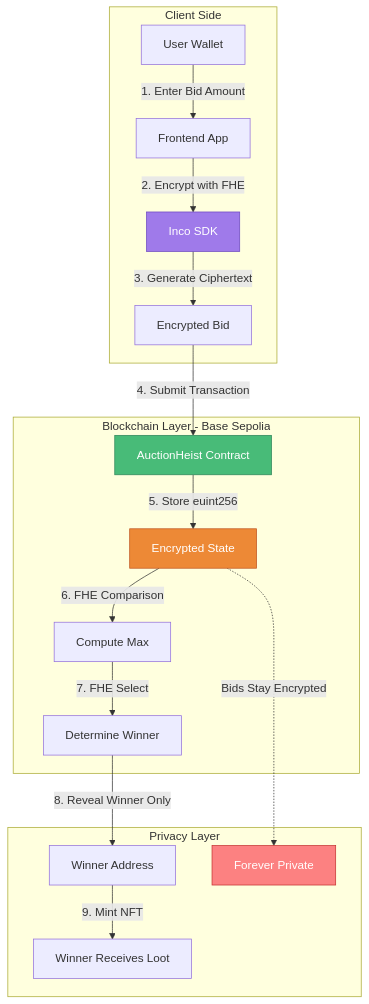
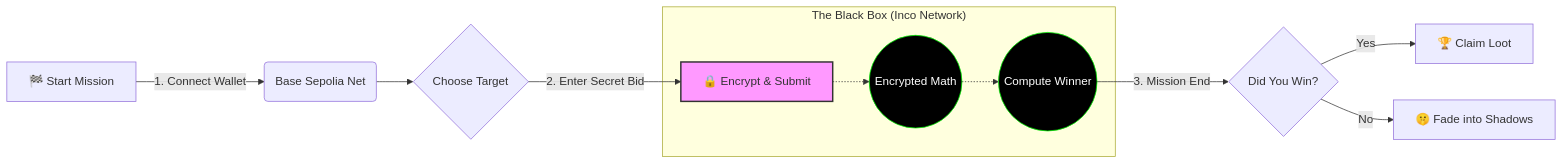
The first of 2 diagrams in README.md (sxdxde/Heist-Auction-Defy-26-), drawn with Mermaid before and after one commit. The commit also changed other lines of this file, not shown here.

````diff
--- a/README.md
+++ b/README.md
@@ -96,26 +27,19 @@
 ```mermaid
-graph TB
-    subgraph "Client Side"
-        A[User Wallet] -->|1. Enter Bid Amount| B[Frontend App]
-        B -->|2. Encrypt with FHE| C[Inco SDK]
-        C -->|3. Generate Ciphertext| D[Encrypted Bid]
+graph LR
+    A[🏁 Start Mission] -->|1. Connect Wallet| B(Base Sepolia Net)
+    B --> C{Choose Target}
+    C -->|2. Enter Secret Bid| D[🔒 Encrypt & Submit]
+    
+    subgraph " The Black Box (Inco Network) "
+    D -.-> E((Encrypted Math))
+    E -.-> F((Compute Winner))
     end
     
-    subgraph "Blockchain Layer - Base Sepolia"
-        D -->|4. Submit Transaction| E[AuctionHeist Contract]
-        E -->|5. Store euint256| F[Encrypted State]
-        F -->|6. FHE Comparison| G[Compute Max]
-        G -->|7. FHE Select| H[Determine Winner]
-    end
-    
-    subgraph "Privacy Layer"
-        H -->|8. Reveal Winner Only| I[Winner Address]
-        I -->|9. Mint NFT| J[Winner Receives Loot]
-        F -.->|Bids Stay Encrypted| K[Forever Private]
-    end
-    
-    style C fill:#9f7aea,stroke:#6b46c1,color:#fff
-    style E fill:#48bb78,stroke:#2f855a,color:#fff
-    style F fill:#ed8936,stroke:#c05621,color:#fff
-    style K fill:#fc8181,stroke:#c53030,color:#fff
+    F -->|3. Mission End| G{Did You Win?}
+    G -->|Yes| H[🏆 Claim Loot]
+    G -->|No| I[🤫 Fade into Shadows]
+
+    style D fill:#f9f,stroke:#333,stroke-width:2px
+    style E fill:#000,stroke:#0f0,color:#fff
+    style F fill:#000,stroke:#0f0,color:#fff
 ```
````
